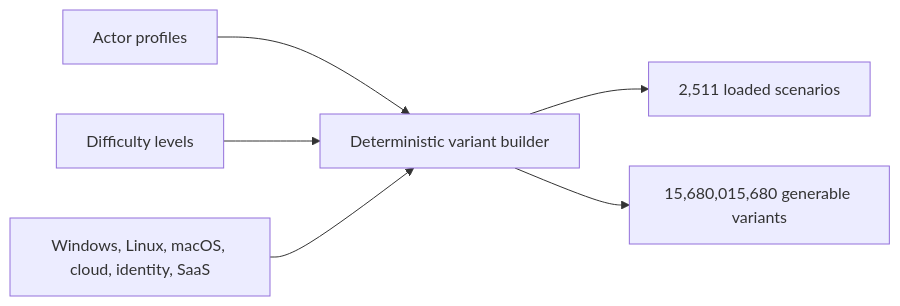
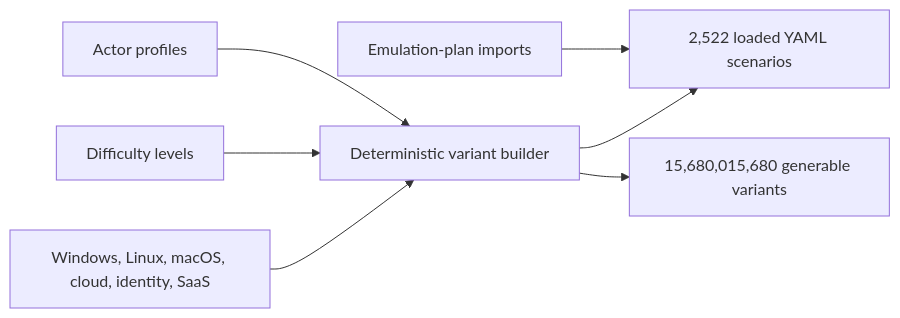
Before and after one commit to omarbabba779xx/APT-Simulator: the fourth of 5 diagrams in README.md, drawn with Mermaid. The commit also changed other lines of this file and 572 other files, not shown here.

````diff
--- a/README.md
+++ b/README.md
@@ -70,8 +78,9 @@
 ```mermaid
 flowchart LR
     Actors["Actor profiles"] --> Variants["Deterministic variant builder"]
     Difficulty["Difficulty levels"] --> Variants
     Platforms["Windows, Linux, macOS, cloud, identity, SaaS"] --> Variants
-    Variants --> Loaded["2,511 loaded scenarios"]
+    AEL["Emulation-plan imports"] --> Loaded["2,522 loaded YAML scenarios"]
+    Variants --> Loaded
     Variants --> Space["15,680,015,680 generable variants"]
 ```
````
